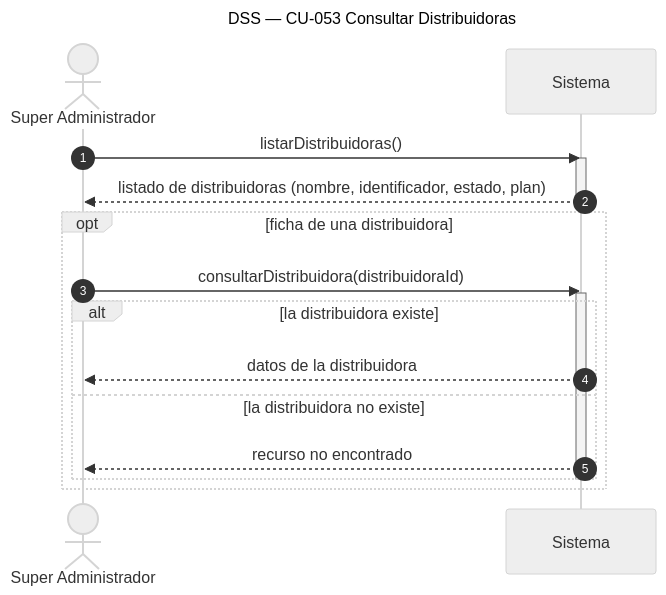
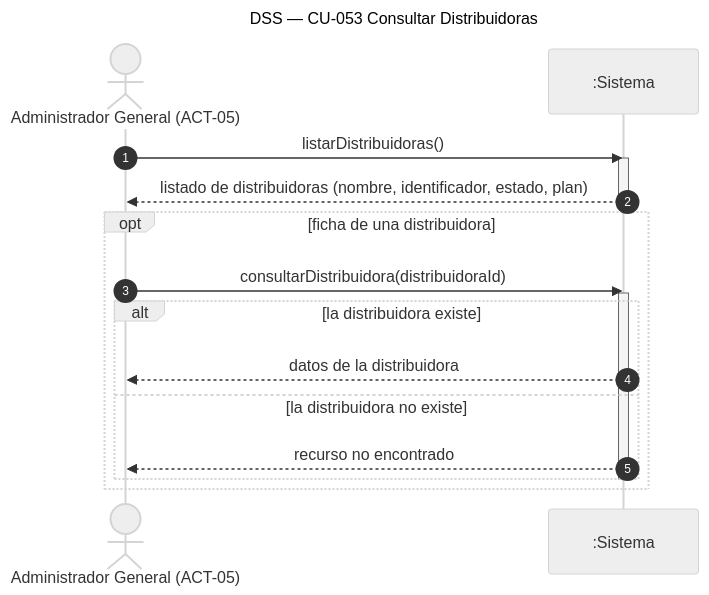
The diagram in diagramas/DSS_CU-053_Consultar-Distribuidoras.mmd (Nahuelito-Dev/splg-docs), drawn with Mermaid (neutral theme) before and after one commit. The commit also changed 2486 other files, not shown here.

First line of the commit message:
docs: notación UML/Larman en todos los artefactos y documentación al día con el sistema

```diff
--- a/diagramas/DSS_CU-053_Consultar-Distribuidoras.mmd
+++ b/diagramas/DSS_CU-053_Consultar-Distribuidoras.mmd
@@ -1,21 +1,21 @@
 sequenceDiagram
     title DSS — CU-053 Consultar Distribuidoras
     autonumber
-    actor SUP as Super Administrador
-    participant SIS as Sistema
+    actor SUP as Administrador General (ACT-05)
+    participant SIS as :Sistema
 
     SUP->>SIS: listarDistribuidoras()
     activate SIS
     SIS-->>SUP: listado de distribuidoras (nombre, identificador, estado, plan)
     deactivate SIS
 
     opt ficha de una distribuidora
         SUP->>SIS: consultarDistribuidora(distribuidoraId)
         activate SIS
         alt la distribuidora existe
             SIS-->>SUP: datos de la distribuidora
         else la distribuidora no existe
             SIS-->>SUP: recurso no encontrado
         end
         deactivate SIS
     end
```
